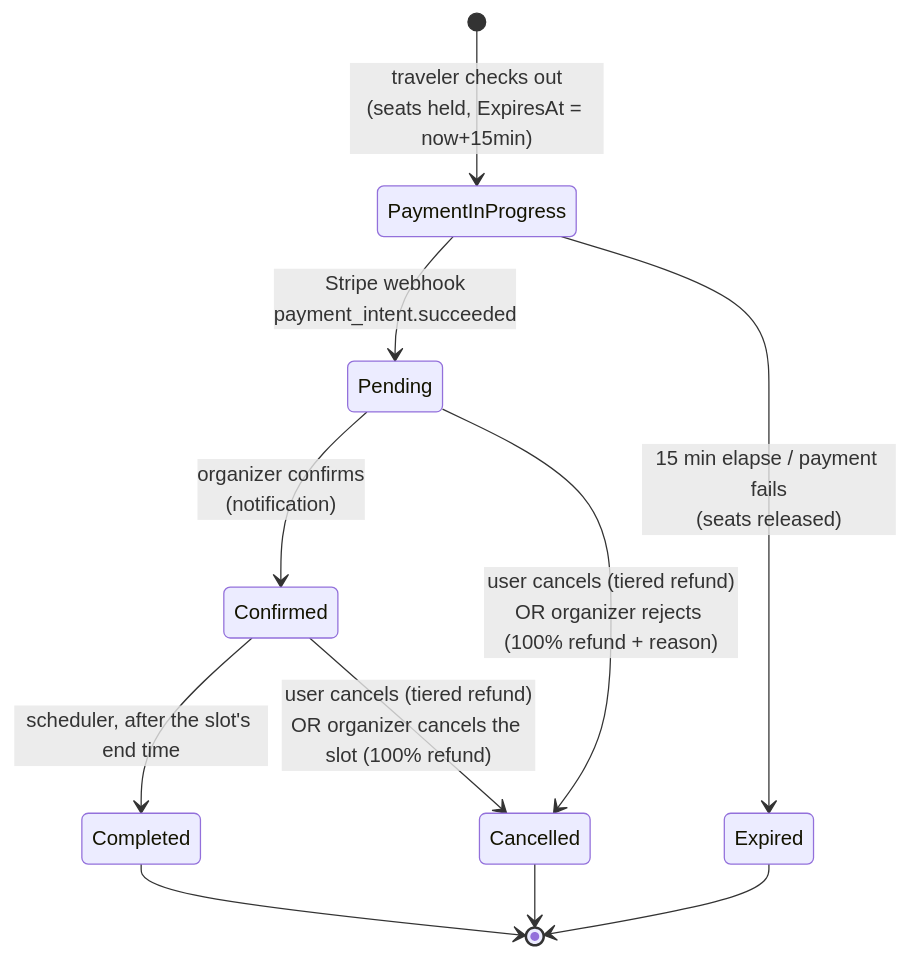
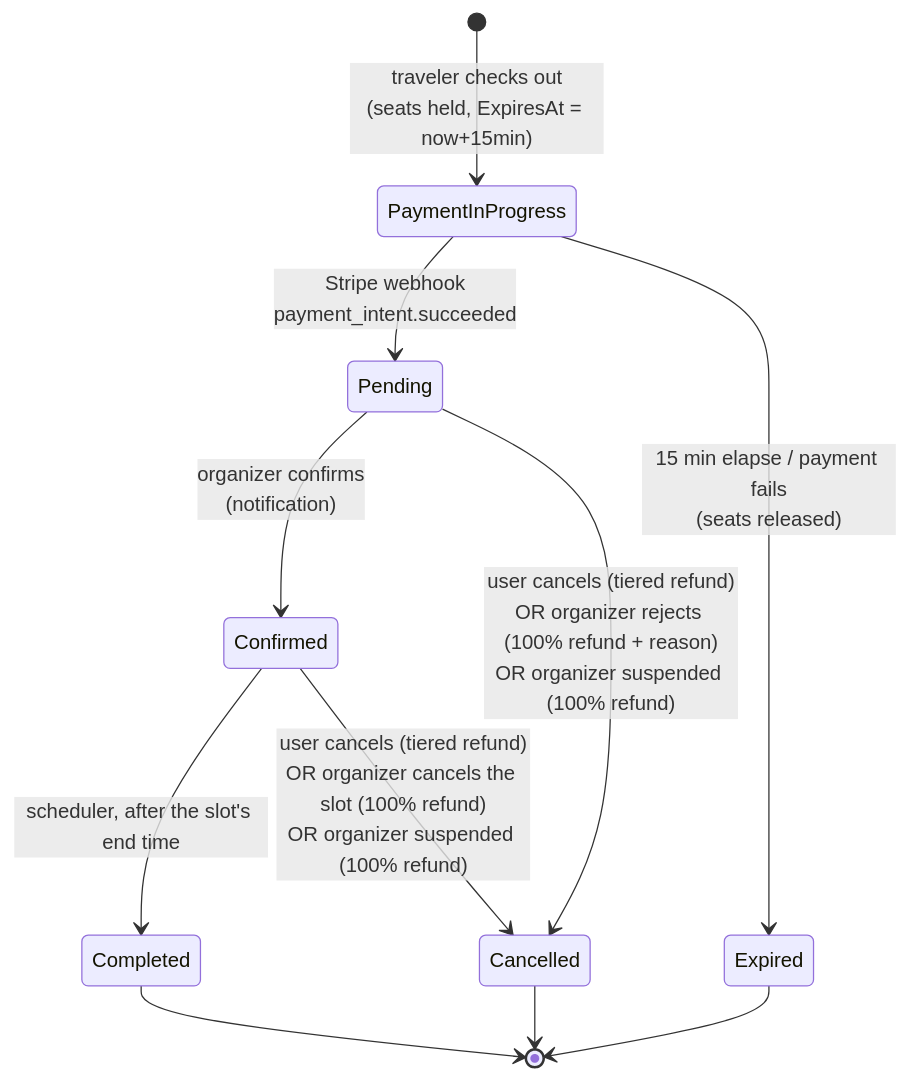
The second of 2 diagrams in docs/tours-and-bookings.md (harisvelispahic/Travle), drawn with Mermaid before and after one commit. The commit also changed other lines of this file and 33 other files, not shown here.

````diff
--- a/docs/tours-and-bookings.md
+++ b/docs/tours-and-bookings.md
@@ -229,13 +231,13 @@
 ```mermaid
 stateDiagram-v2
     [*] --> PaymentInProgress : traveler checks out<br/>(seats held, ExpiresAt = now+15min)
     PaymentInProgress --> Pending   : Stripe webhook<br/>payment_intent.succeeded
     PaymentInProgress --> Expired   : 15 min elapse / payment fails<br/>(seats released)
     Pending --> Confirmed : organizer confirms<br/>(notification)
-    Pending --> Cancelled : user cancels (tiered refund)<br/>OR organizer rejects (100% refund + reason)
+    Pending --> Cancelled : user cancels (tiered refund)<br/>OR organizer rejects (100% refund + reason)<br/>OR organizer suspended (100% refund)
     Confirmed --> Completed : scheduler, after the slot's end time
-    Confirmed --> Cancelled : user cancels (tiered refund)<br/>OR organizer cancels the slot (100% refund)
+    Confirmed --> Cancelled : user cancels (tiered refund)<br/>OR organizer cancels the slot (100% refund)<br/>OR organizer suspended (100% refund)
     Expired --> [*]
     Completed --> [*]
     Cancelled --> [*]
 ```
````
